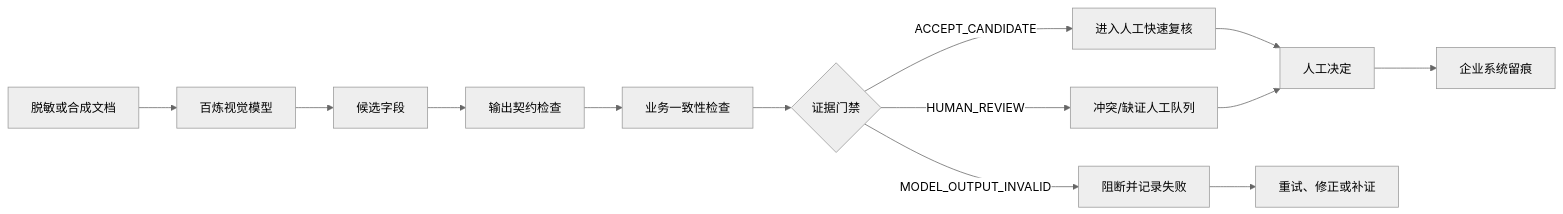
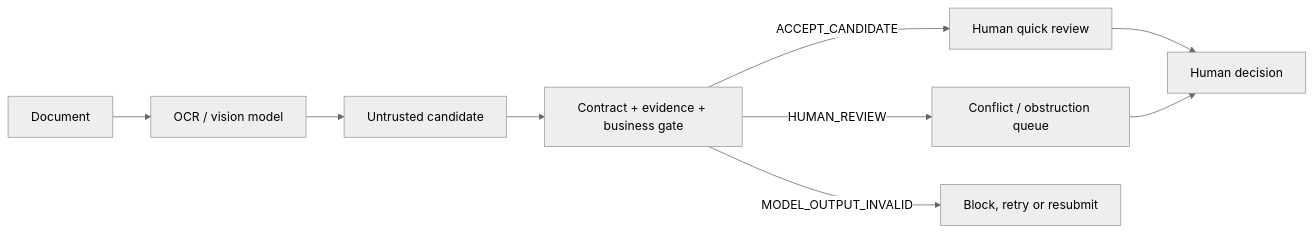
Before and after one commit to 2487238628/evidencegate-ocr: the diagram in README.md, drawn with Mermaid (neutral theme). The commit also changed other lines of this file, not shown here.

Commit message:
publish v0.2.0 evidence-first README

````diff
--- a/README.md
+++ b/README.md
@@ -15,15 +11,11 @@
 ```mermaid
 flowchart LR
-  A["脱敏或合成文档"] --> B["百炼视觉模型"]
-  B --> C["候选字段"]
-  C --> D["输出契约检查"]
-  D --> E["业务一致性检查"]
-  E --> F{"证据门禁"}
-  F -->|ACCEPT_CANDIDATE| G["进入人工快速复核"]
-  F -->|HUMAN_REVIEW| H["冲突/缺证人工队列"]
-  F -->|MODEL_OUTPUT_INVALID| I["阻断并记录失败"]
-  G --> J["人工决定"]
-  H --> J
-  I --> K["重试、修正或补证"]
-  J --> L["企业系统留痕"]
+  A["Document"] --> B["OCR / vision model"]
+  B --> C["Untrusted candidate"]
+  C --> D["Contract + evidence + business gate"]
+  D -->|ACCEPT_CANDIDATE| E["Human quick review"]
+  D -->|HUMAN_REVIEW| F["Conflict / obstruction queue"]
+  D -->|MODEL_OUTPUT_INVALID| G["Block, retry or resubmit"]
+  E --> H["Human decision"]
+  F --> H
 ```
````
